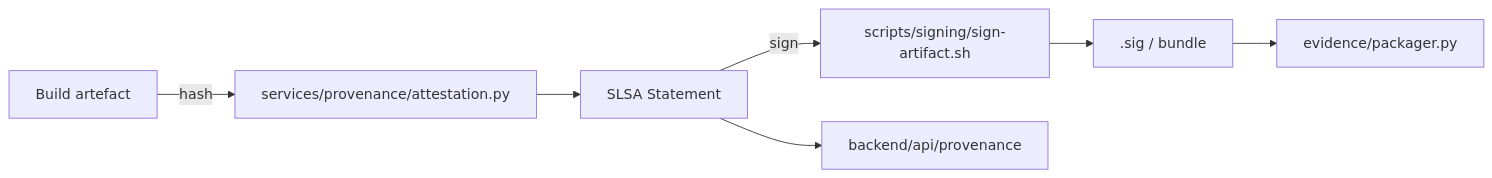
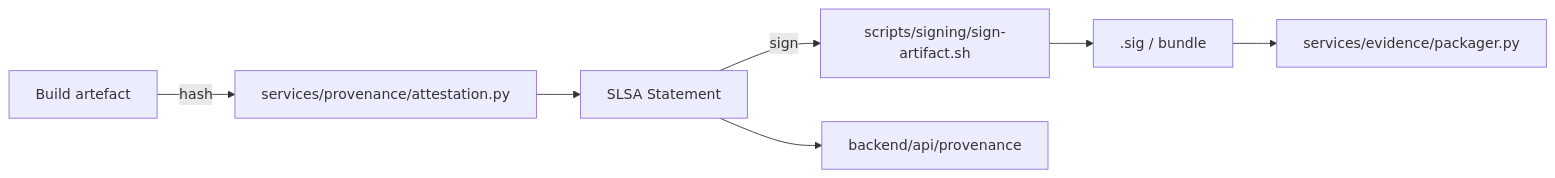
Before and after one commit to DevOpsMadDog/Fixops: the fifth of 18 diagrams in readme_updated.md, drawn with Mermaid. The commit also changed other lines of this file and 19 other files, not shown here.

Commit message:
Refactor crosswalk services and evidence lifecycle

````diff
--- a/readme_updated.md
+++ b/readme_updated.md
@@ -399,9 +399,9 @@
 ```mermaid
 flowchart LR
     Artifact["Build artefact"] -->|hash| Hasher["services/provenance/attestation.py"]
     Hasher --> SLSA["SLSA Statement"]
     SLSA -->|sign| Cosign["scripts/signing/sign-artifact.sh"]
     Cosign --> Bundle[".sig / bundle"]
     SLSA --> APIProv["backend/api/provenance"]
-    Bundle --> Evidence["evidence/packager.py"]
+    Bundle --> Evidence["services/evidence/packager.py"]
 ```
````
